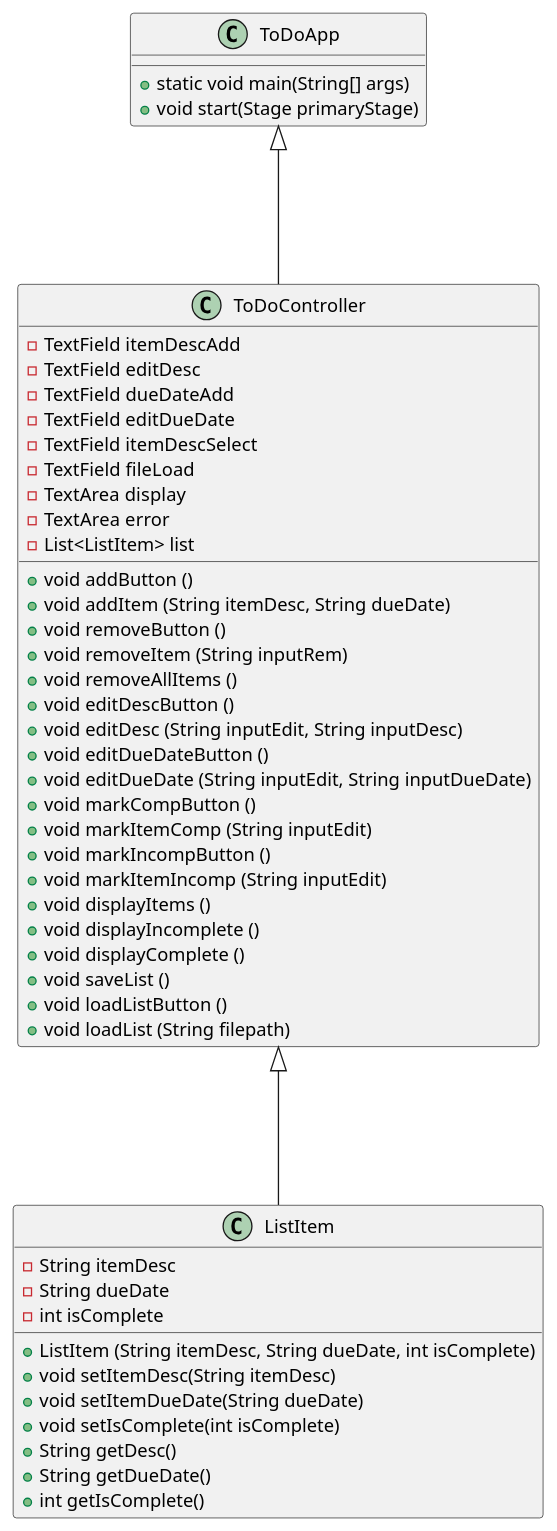
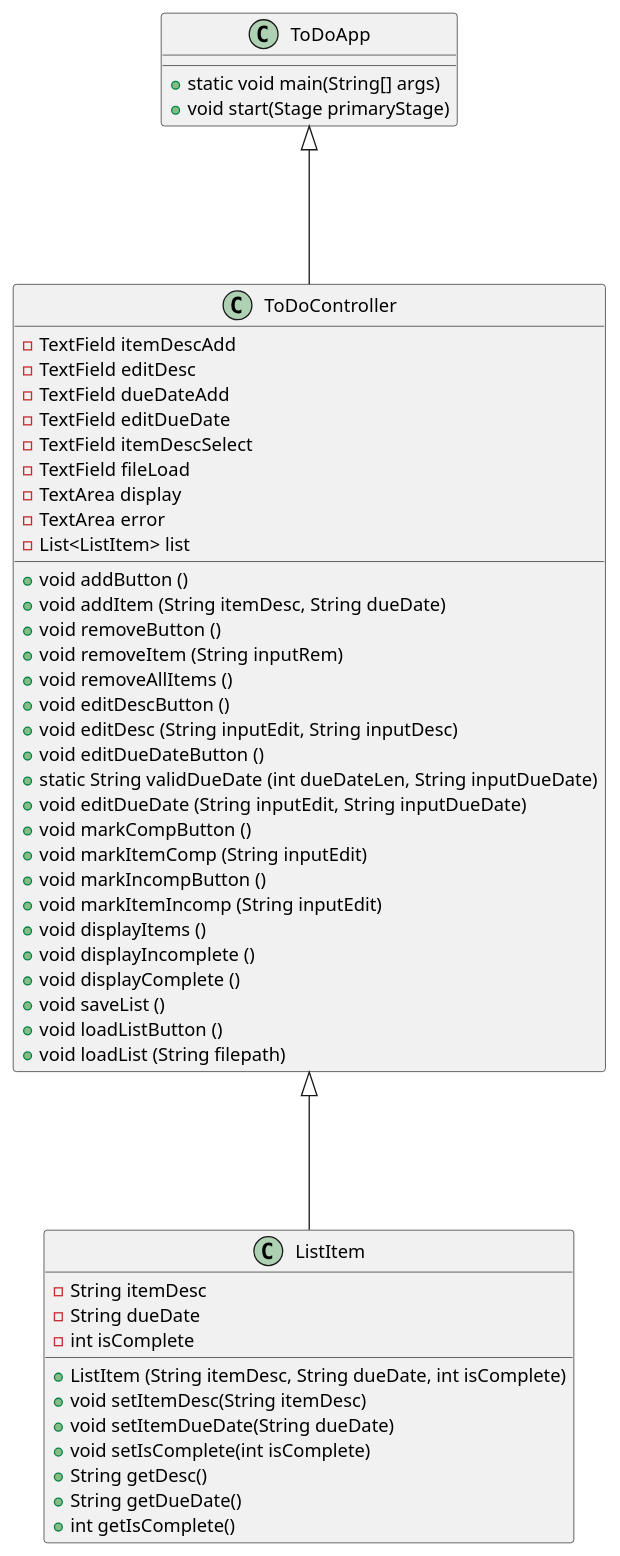
The diagram in uml/ToDoListDiagram.puml (rebeccapinap/To-Do-List-App), drawn with PlantUML before and after one commit.

Commit message:
Code Commit 11/15/2021 part 4

```diff
--- a/uml/ToDoListDiagram.puml
+++ b/uml/ToDoListDiagram.puml
@@ -1,58 +1,59 @@
 @startuml
 'https://plantuml.com/sequence-diagram
 
 class ToDoApp
 {
     + static void main(String[] args)
     + void start(Stage primaryStage)
 }
 
 class ToDoController
 {
     - TextField itemDescAdd
     - TextField editDesc
     - TextField dueDateAdd
     - TextField editDueDate
     - TextField itemDescSelect
     - TextField fileLoad
     - TextArea display
     - TextArea error
     - List<ListItem> list
     + void addButton ()
     + void addItem (String itemDesc, String dueDate)
     + void removeButton ()
     + void removeItem (String inputRem)
     + void removeAllItems ()
     + void editDescButton ()
     + void editDesc (String inputEdit, String inputDesc)
     + void editDueDateButton ()
+    + static String validDueDate (int dueDateLen, String inputDueDate)
     + void editDueDate (String inputEdit, String inputDueDate)
     + void markCompButton ()
     + void markItemComp (String inputEdit)
     + void markIncompButton ()
     + void markItemIncomp (String inputEdit)
     + void displayItems ()
     + void displayIncomplete ()
     + void displayComplete ()
     + void saveList ()
     + void loadListButton ()
     + void loadList (String filepath)
 }
 
 class ListItem
 {
     - String itemDesc
     - String dueDate
     - int isComplete
     + ListItem (String itemDesc, String dueDate, int isComplete)
     + void setItemDesc(String itemDesc)
     + void setItemDueDate(String dueDate)
     + void setIsComplete(int isComplete)
     + String getDesc()
     + String getDueDate()
     + int getIsComplete()
 }
 ToDoApp <|--- ToDoController
 ToDoController <|--- ListItem
 
 @enduml
```
